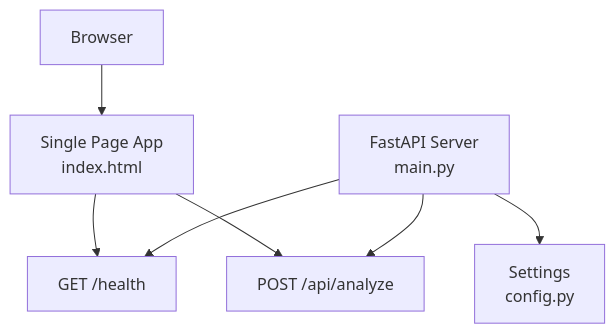
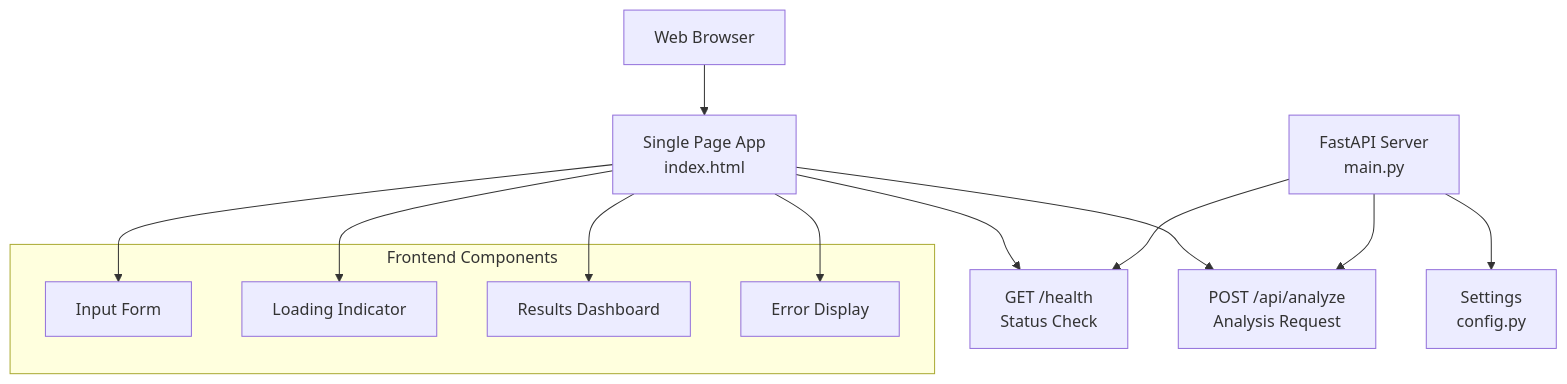
One commit to waqarimran342/CareerOS-AI changed the first of 4 diagrams in .qoder/repowiki/en/content/Frontend Interface.md. Above: the diagram before and after it, drawn with Mermaid. The commit also changed other lines of this file and 32 other files, not shown here.

````diff
--- a/.qoder/repowiki/en/content/Frontend Interface.md
+++ b/.qoder/repowiki/en/content/Frontend Interface.md
@@ -42,15 +53,25 @@
 ```mermaid
 graph TB
-Browser["Browser"]
+Browser["Web Browser"]
 SPA["Single Page App<br/>index.html"]
 API["FastAPI Server<br/>main.py"]
-Health["GET /health"]
-Analyze["POST /api/analyze"]
+Health["GET /health<br/>Status Check"]
+Analyze["POST /api/analyze<br/>Analysis Request"]
 Config["Settings<br/>config.py"]
 Browser --> SPA
 SPA --> Health
 SPA --> Analyze
 API --> Health
 API --> Analyze
 API --> Config
+subgraph "Frontend Components"
+Form["Input Form"]
+Loading["Loading Indicator"]
+Results["Results Dashboard"]
+Error["Error Display"]
+end
+SPA --> Form
+SPA --> Loading
+SPA --> Results
+SPA --> Error
 ```
````
